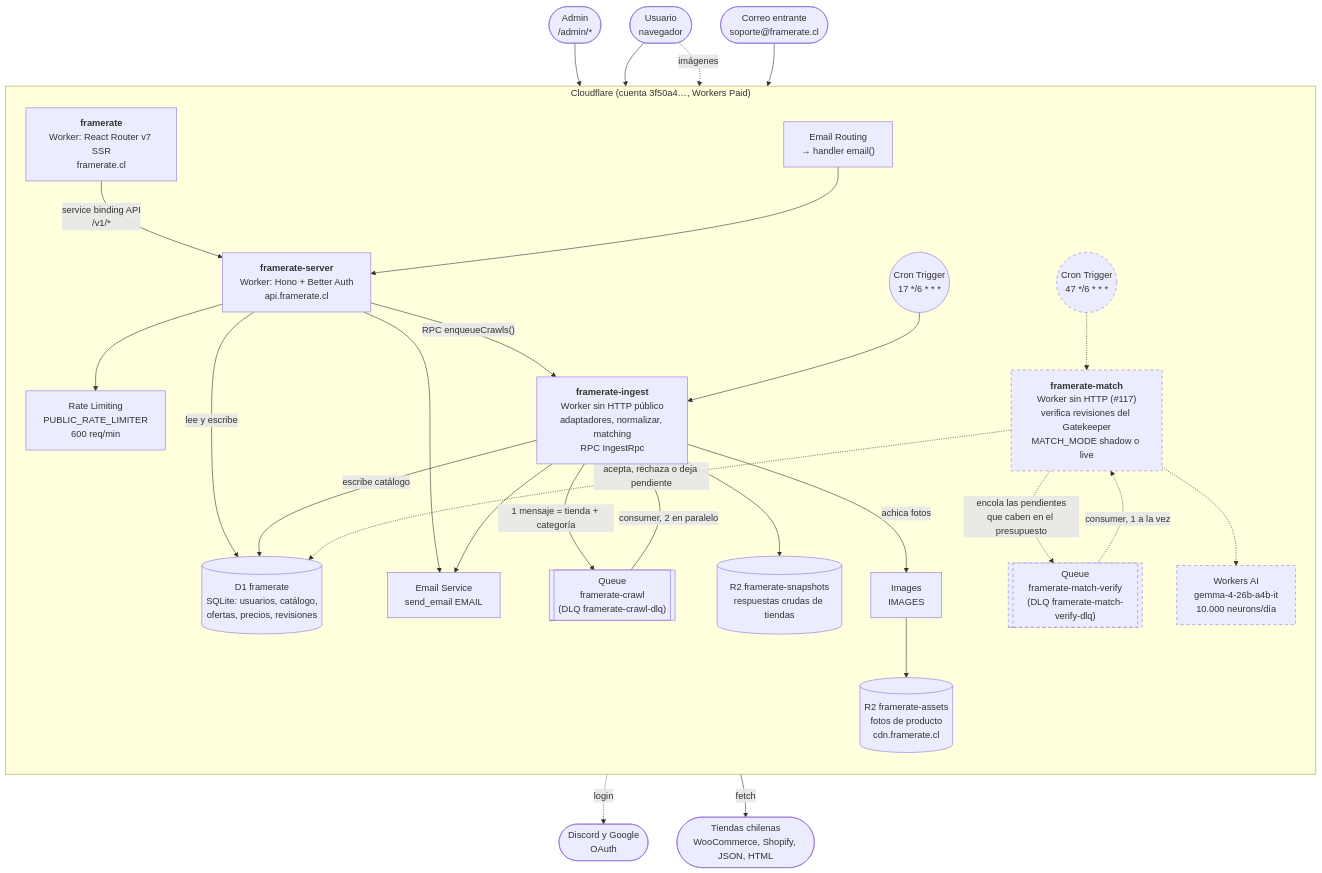
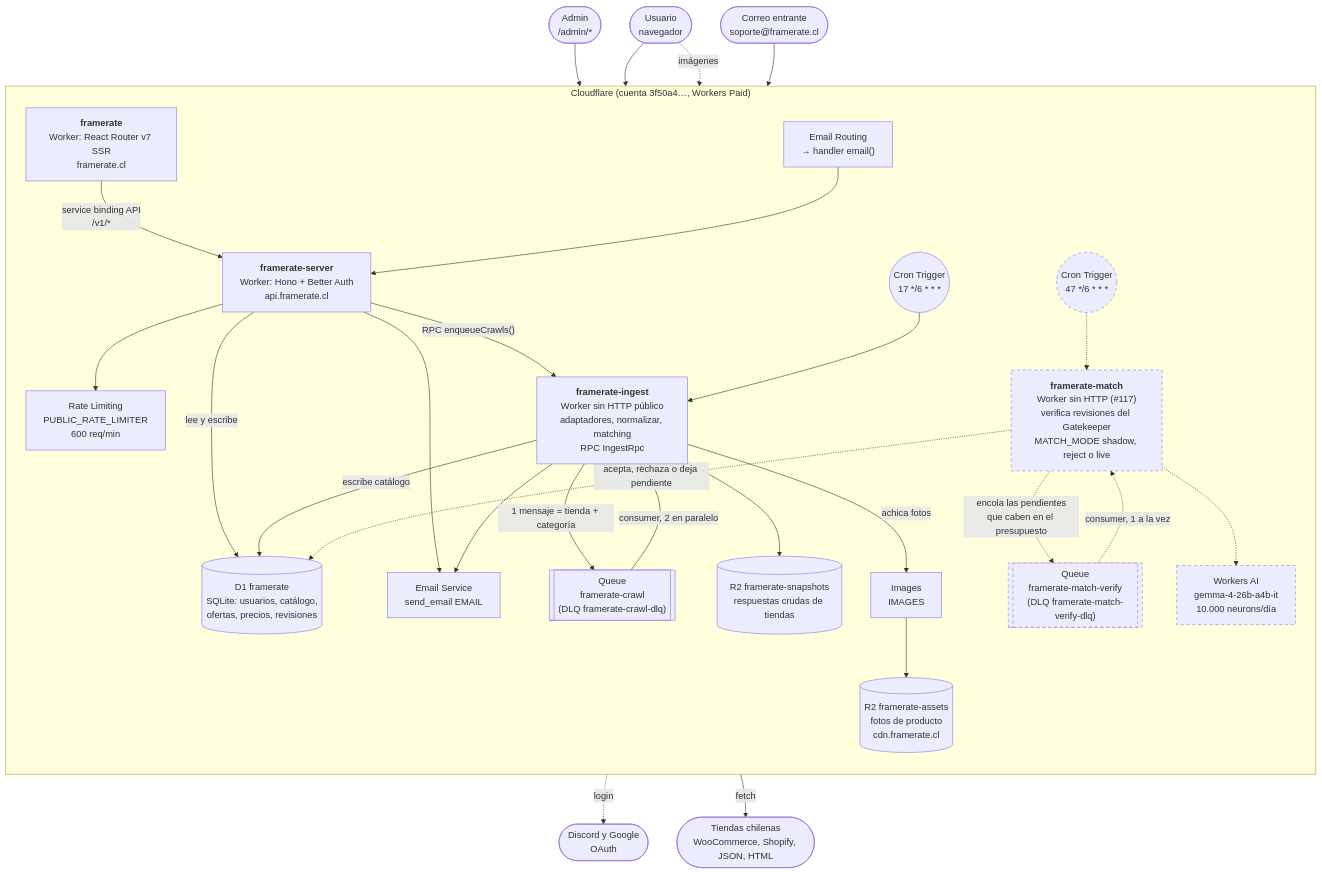
The first of 2 diagrams in docs/architecture.md (valentin-marquez/framerate), drawn with Mermaid before and after one commit. The commit also changed 6 other files, not shown here.

First line of the commit message:
feat(match): modo reject, rechaza solo lo claro y deja aceptar para una persona

````diff
--- a/docs/architecture.md
+++ b/docs/architecture.md
@@ -31,62 +31,62 @@
 ```mermaid
 flowchart TB
   user(["Usuario<br/>navegador"])
   admin(["Admin<br/>/admin/*"])
   mail(["Correo entrante<br/>soporte@framerate.cl"])
   stores(["Tiendas chilenas<br/>WooCommerce, Shopify, JSON, HTML"])
   oauth(["Discord y Google<br/>OAuth"])
 
   subgraph CF["Cloudflare (cuenta 3f50a4…, Workers Paid)"]
     direction TB
 
     web["<b>framerate</b><br/>Worker: React Router v7 SSR<br/>framerate.cl"]
 
     server["<b>framerate-server</b><br/>Worker: Hono + Better Auth<br/>api.framerate.cl"]
     rl["Rate Limiting<br/>PUBLIC_RATE_LIMITER<br/>600 req/min"]
     emailRouting["Email Routing<br/>→ handler email()"]
     emailSend["Email Service<br/>send_email EMAIL"]
 
     cron(("Cron Trigger<br/>17 */6 * * *"))
     crawlQ[["Queue<br/>framerate-crawl<br/>(DLQ framerate-crawl-dlq)"]]
     ingest["<b>framerate-ingest</b><br/>Worker sin HTTP público<br/>adaptadores, normalizar, matching<br/>RPC IngestRpc"]
     images["Images<br/>IMAGES"]
 
     d1[("D1 framerate<br/>SQLite: usuarios, catálogo,<br/>ofertas, precios, revisiones")]
     snap[("R2 framerate-snapshots<br/>respuestas crudas de tiendas")]
     assets[("R2 framerate-assets<br/>fotos de producto<br/>cdn.framerate.cl")]
 
     matchCron(("Cron Trigger<br/>47 */6 * * *"))
     matchQ[["Queue<br/>framerate-match-verify<br/>(DLQ framerate-match-verify-dlq)"]]
-    match["<b>framerate-match</b><br/>Worker sin HTTP (#117)<br/>verifica revisiones del Gatekeeper<br/>MATCH_MODE shadow o live"]
+    match["<b>framerate-match</b><br/>Worker sin HTTP (#117)<br/>verifica revisiones del Gatekeeper<br/>MATCH_MODE shadow, reject o live"]
     ai["Workers AI<br/>gemma-4-26b-a4b-it<br/>10.000 neurons/día"]
   end
 
   user --> web
   admin --> web
   web -- "service binding API<br/>/v1/*" --> server
   server --> rl
   server -- "lee y escribe" --> d1
   server -- "RPC enqueueCrawls()" --> ingest
   server --> emailSend
   server -. "login" .-> oauth
   mail --> emailRouting --> server
 
   cron --> ingest
   ingest -- "1 mensaje = tienda + categoría" --> crawlQ
   crawlQ -- "consumer, 2 en paralelo" --> ingest
   ingest -- "fetch" --> stores
   ingest -- "escribe catálogo" --> d1
   ingest --> snap
   ingest -- "achica fotos" --> images --> assets
   ingest --> emailSend
   user -. "imágenes" .-> assets
 
   matchCron -.-> match
   match -. "encola las pendientes<br/>que caben en el presupuesto" .-> matchQ
   matchQ -. "consumer, 1 a la vez" .-> match
   match -.-> ai
   match -. "acepta, rechaza o deja pendiente" .-> d1
 
   classDef proposed stroke-dasharray: 5 5
   class matchCron,matchQ,match,ai proposed
 ```
````
